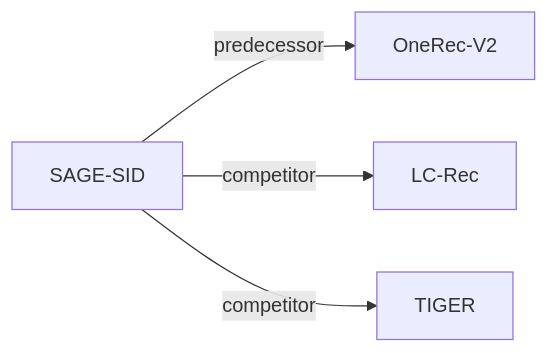
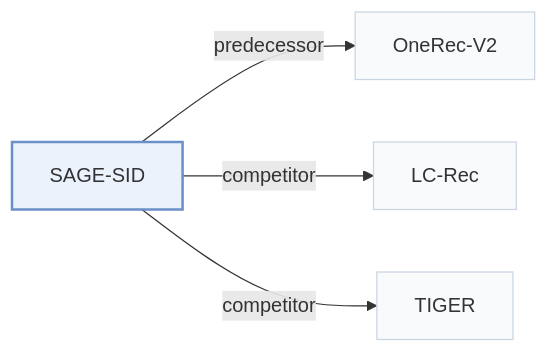
The second of 2 diagrams in pages/papers/sage-sid.md (Galaxy-ghost/Awesome-SID-Generative-Rec), drawn with Mermaid before and after one commit. The commit also changed other lines of this file and 649 other files, not shown here.

Commit message:
writer-05: also tags and modality index (schema, check, build, visuals); summary field removed; calibration data for 12 papers

````diff
--- a/pages/papers/sage-sid.md
+++ b/pages/papers/sage-sid.md
@@ -66,7 +73,11 @@
 ```mermaid
 flowchart LR
     P["SAGE-SID"]
-    P -->|predecessor| A["OneRec-V2"]
-    P -->|competitor| B["LC-Rec"]
-    P -->|competitor| C["TIGER"]
+    P -->|"predecessor"| A["OneRec-V2"]
+    P -->|"competitor"| B["LC-Rec"]
+    P -->|"competitor"| C["TIGER"]
+    classDef main fill:#eaf2fb,stroke:#6b8fc7,stroke-width:2px
+    classDef peer fill:#f8fafc,stroke:#cbd5e1
+    class P main
+    class A,B,C peer
 ```
````
